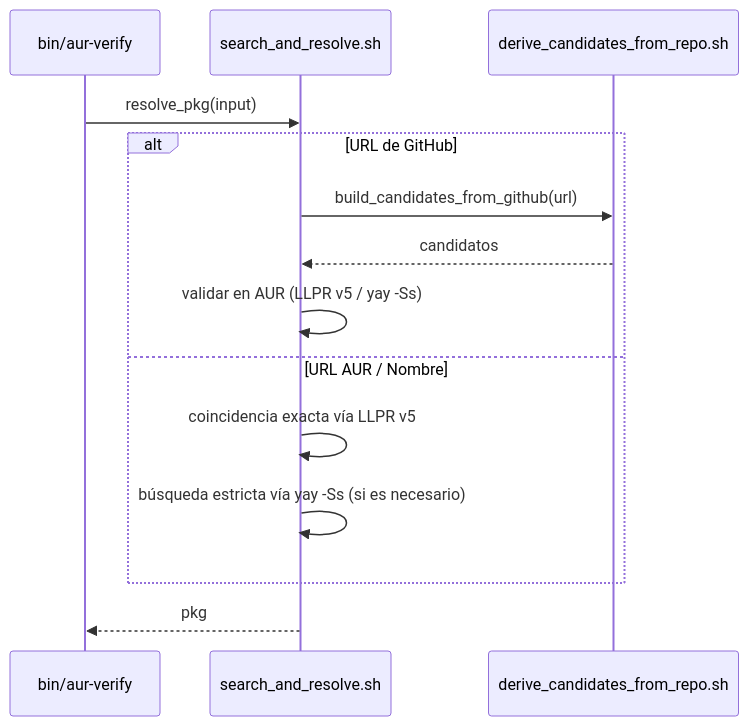
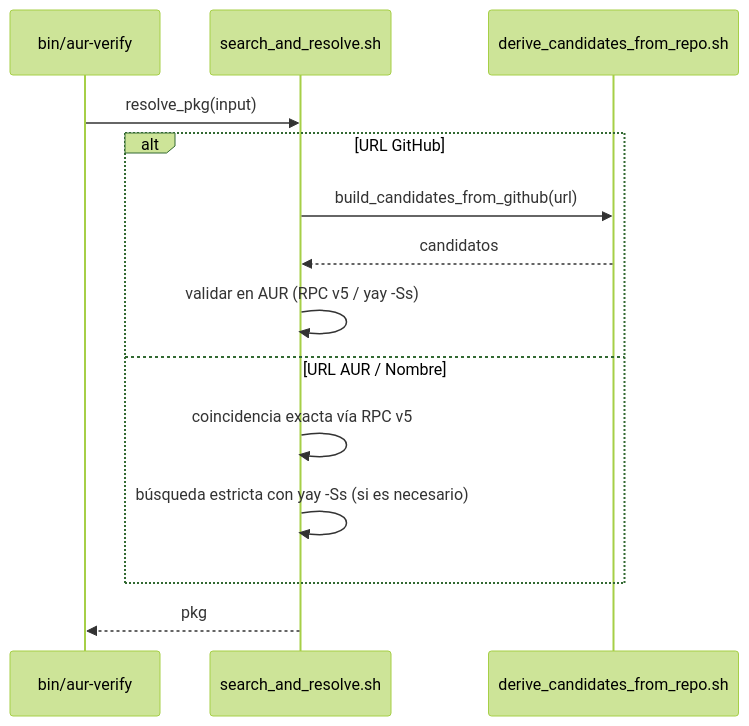
Before and after one commit to LuigiD5555/aur_scanner: the fourth of 10 diagrams in docs/developer/README.dev.es.md, drawn with Mermaid. The commit also changed other lines of this file and 2 other files, not shown here.

````diff
--- a/docs/developer/README.dev.es.md
+++ b/docs/developer/README.dev.es.md
@@ -191,16 +147,17 @@
 ```mermaid
+%%{init: {"theme": "forest", "handDrawn": true}}%%
 sequenceDiagram
     participant CLI as bin/aur-verify
     participant Resolver as search_and_resolve.sh
     participant GitHub as derive_candidates_from_repo.sh
     CLI->>Resolver: resolve_pkg(input)
-    alt URL de GitHub
+    alt URL GitHub
         Resolver->>GitHub: build_candidates_from_github(url)
         GitHub-->>Resolver: candidatos
-        Resolver->>Resolver: validar en AUR (LLPR v5 / yay -Ss)
+        Resolver->>Resolver: validar en AUR (RPC v5 / yay -Ss)
     else URL AUR / Nombre
-        Resolver->>Resolver: coincidencia exacta vía LLPR v5
-        Resolver->>Resolver: búsqueda estricta vía yay -Ss (si es necesario)
+        Resolver->>Resolver: coincidencia exacta vía RPC v5
+        Resolver->>Resolver: búsqueda estricta con yay -Ss (si es necesario)
     end
     Resolver-->>CLI: pkg
 ```
````
